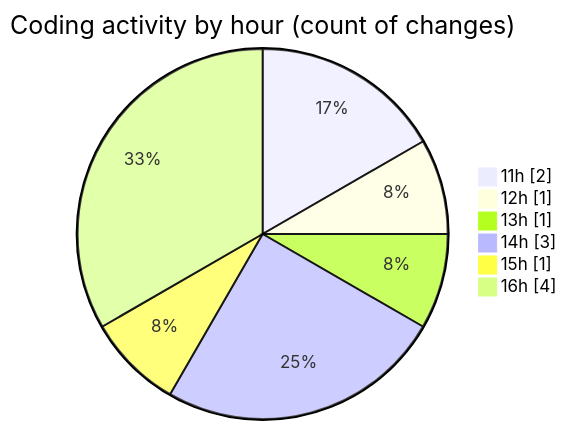
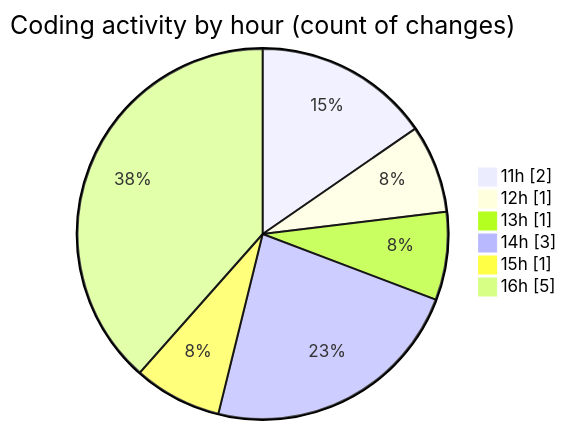
The second of 2 diagrams in 2026-01-06/cda/README.md (momahboobian/code-tracking), drawn with Mermaid before and after one commit. The commit also changed other lines of this file and 1 other file, not shown here.

````diff
--- a/2026-01-06/cda/README.md
+++ b/2026-01-06/cda/README.md
@@ -35,10 +36,10 @@
 ```mermaid
 pie showData
 title Coding activity by hour (count of changes)
 "11h" : 2
 "12h" : 1
 "13h" : 1
 "14h" : 3
 "15h" : 1
-"16h" : 4
+"16h" : 5
 ```
````
